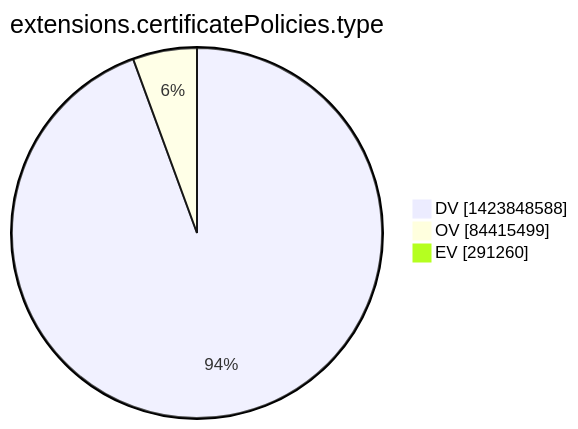
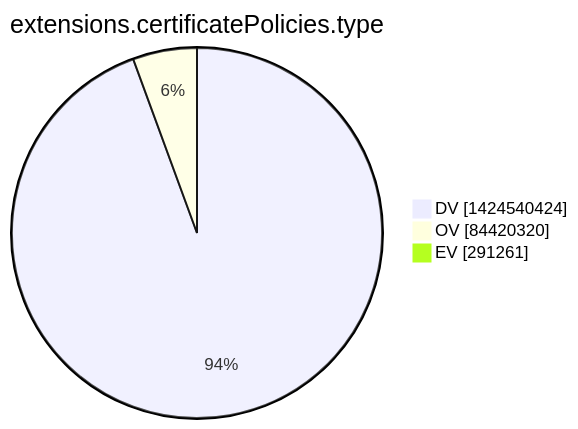
One commit to christiankrug/ctmonitor_visualization changed the tenth of 15 diagrams in argon2022/README.md. Above: the diagram before and after it, drawn with Mermaid. The commit also changed other lines of this file, not shown here.

````diff
--- a/argon2022/README.md
+++ b/argon2022/README.md
@@ -2773,7 +2773,7 @@
 ```mermaid
 pie showData
 title extensions.certificatePolicies.type
-"DV" :1423848588
-"OV" :84415499
-"EV" :291260
+"DV" :1424540424
+"OV" :84420320
+"EV" :291261
 ```
````
